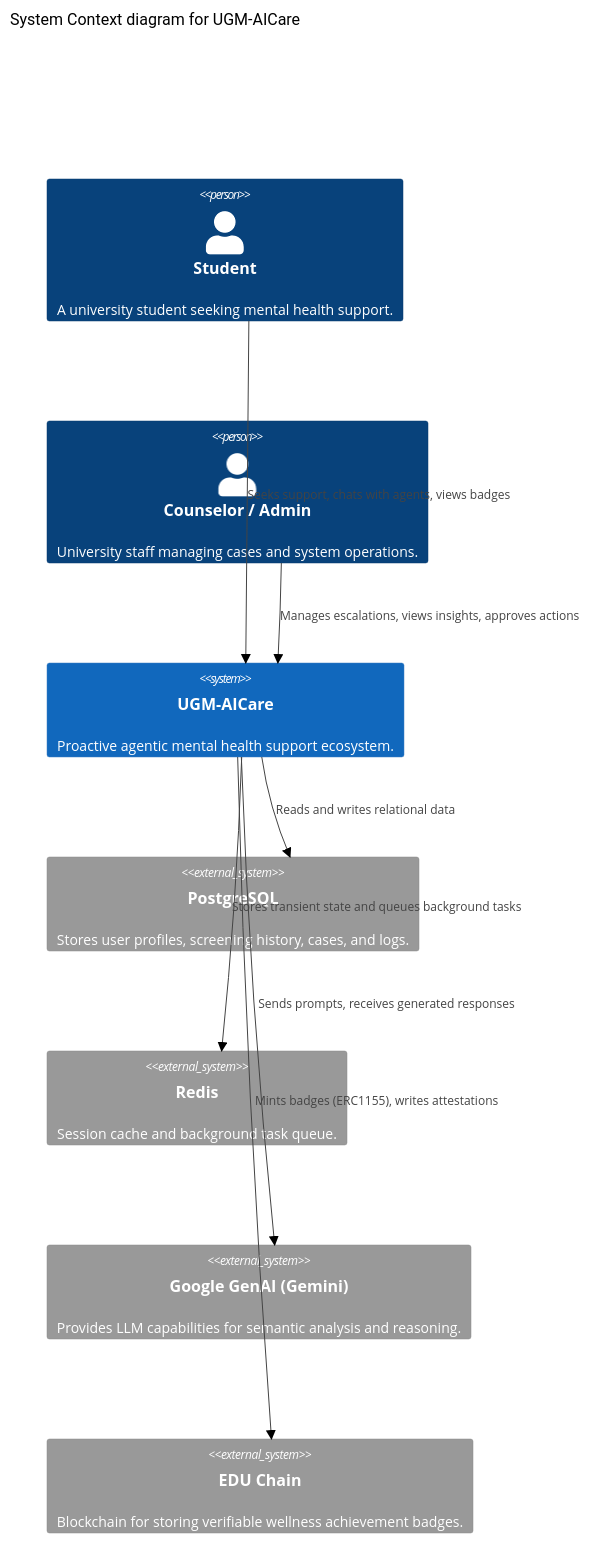
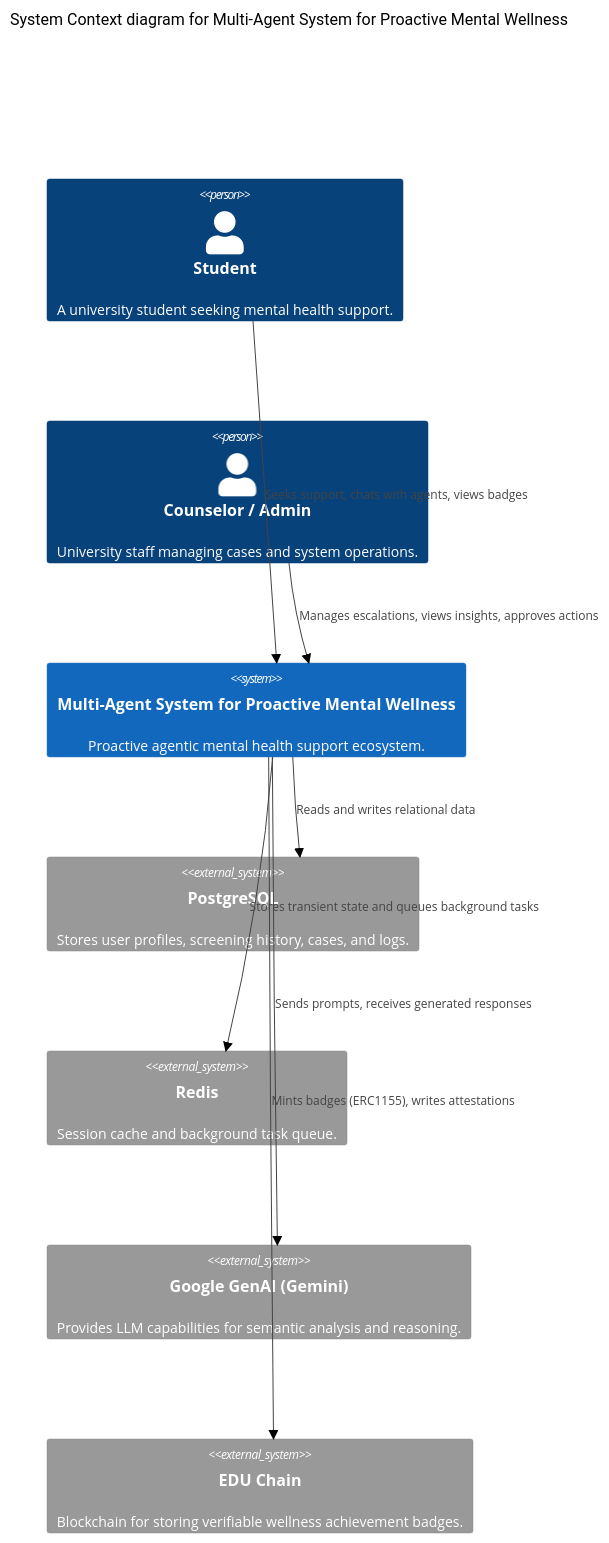
One commit to nithin-jella/Multi-Agent-System-for-Proactive-Mental-Wellness changed the first of 2 diagrams in README.md. Above: the diagram before and after it, drawn with Mermaid (neutral theme). The commit also changed other lines of this file, not shown here.

````diff
--- a/README.md
+++ b/README.md
@@ -78,18 +78,18 @@
 ```mermaid
 C4Context
-title System Context diagram for UGM-AICare
+title System Context diagram for Multi-Agent System for Proactive Mental Wellness 
 Person(student, "Student", "A university student seeking mental health support.")
 Person(counselor, "Counselor / Admin", "University staff managing cases and system operations.")
-System(aicare, "UGM-AICare", "Proactive agentic mental health support ecosystem.")
+System(aicare, "Multi-Agent System for Proactive Mental Wellness ", "Proactive agentic mental health support ecosystem.")
 System_Ext(db, "PostgreSQL", "Stores user profiles, screening history, cases, and logs.")
 System_Ext(cache, "Redis", "Session cache and background task queue.")
 System_Ext(genai, "Google GenAI (Gemini)", "Provides LLM capabilities for semantic analysis and reasoning.")
 System_Ext(educhain, "EDU Chain", "Blockchain for storing verifiable wellness achievement badges.")
 
 Rel(student, aicare, "Seeks support, chats with agents, views badges")
 Rel(counselor, aicare, "Manages escalations, views insights, approves actions")
 Rel(aicare, db, "Reads and writes relational data")
 Rel(aicare, cache, "Stores transient state and queues background tasks")
 Rel(aicare, genai, "Sends prompts, receives generated responses")
 Rel(aicare, educhain, "Mints badges (ERC1155), writes attestations")
 ```
````
